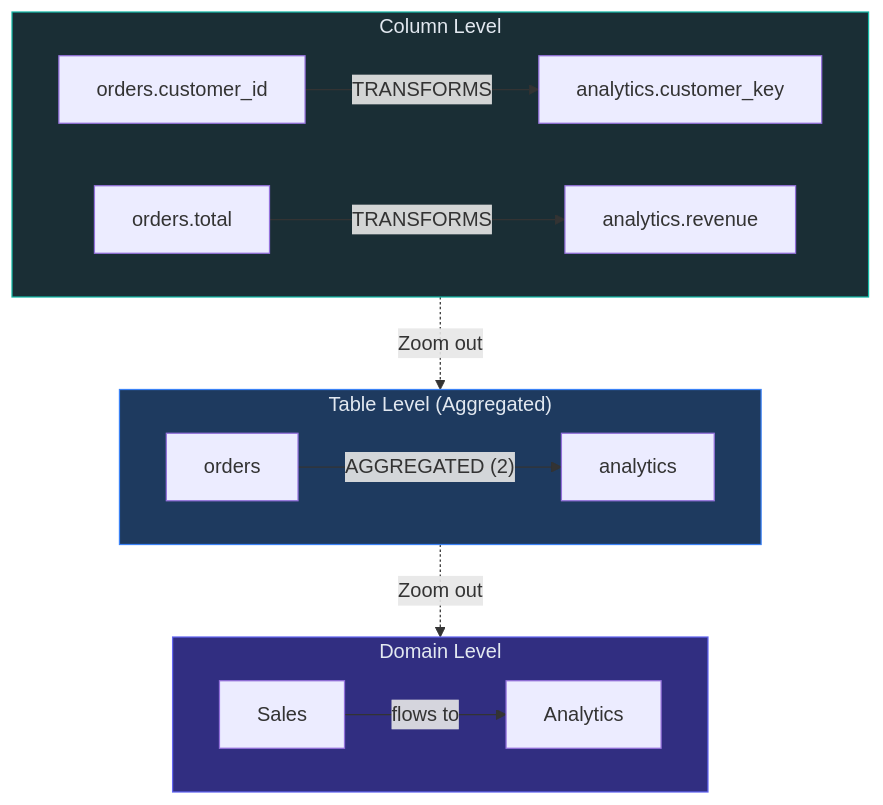
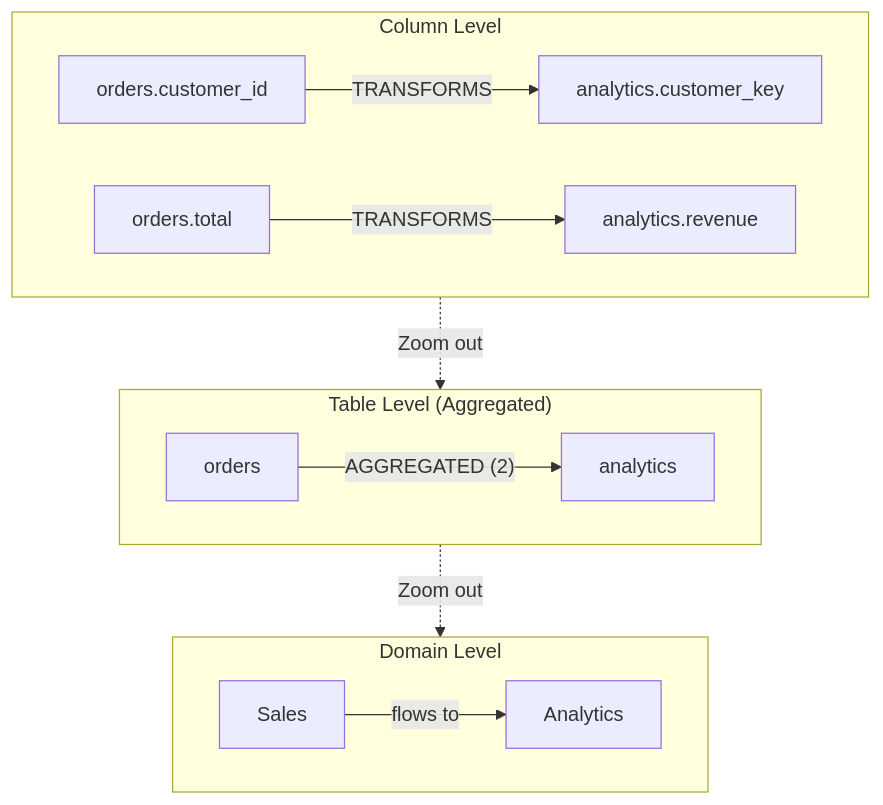
Before and after one commit to rkrumins/dataviz: the fourth of 10 diagrams in docs/OVERVIEW.md, drawn with Mermaid. The commit also changed other lines of this file and 46 other files, not shown here.

````diff
--- a/docs/OVERVIEW.md
+++ b/docs/OVERVIEW.md
@@ -216,22 +209,19 @@
 ```mermaid
 graph TB
     subgraph Column["Column Level"]
         C1["orders.customer_id"] -->|TRANSFORMS| C2["analytics.customer_key"]
         C3["orders.total"] -->|TRANSFORMS| C4["analytics.revenue"]
     end
 
     subgraph Table["Table Level (Aggregated)"]
         T1["orders"] -->|"AGGREGATED (2)"| T2["analytics"]
     end
 
     subgraph Domain["Domain Level"]
         D1["Sales"] -->|"flows to"| D2["Analytics"]
     end
 
     Column -.->|"Zoom out"| Table
     Table -.->|"Zoom out"| Domain
 
-    style Column fill:#1a2e35,stroke:#14b8a6,color:#e2e8f0
-    style Table fill:#1e3a5f,stroke:#3b82f6,color:#e2e8f0
-    style Domain fill:#312e81,stroke:#6366f1,color:#e2e8f0
 ```
````
